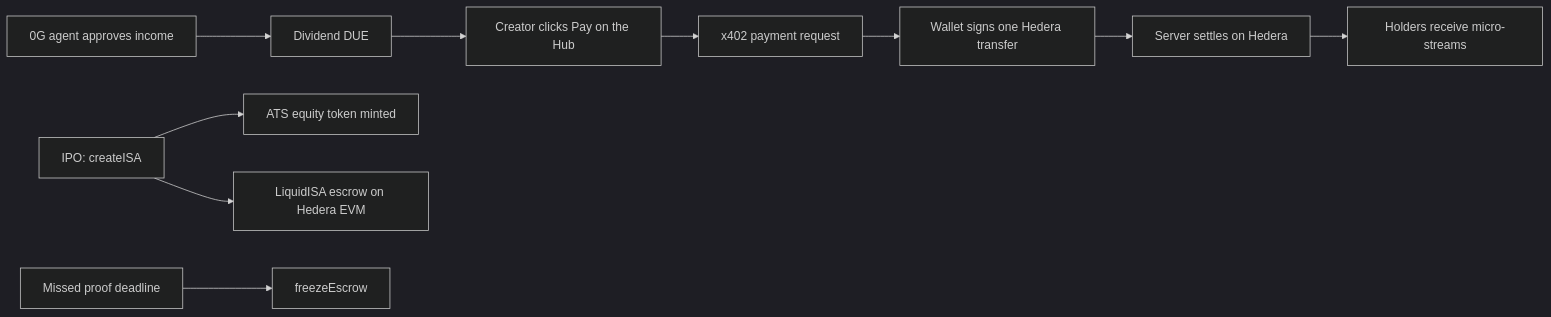
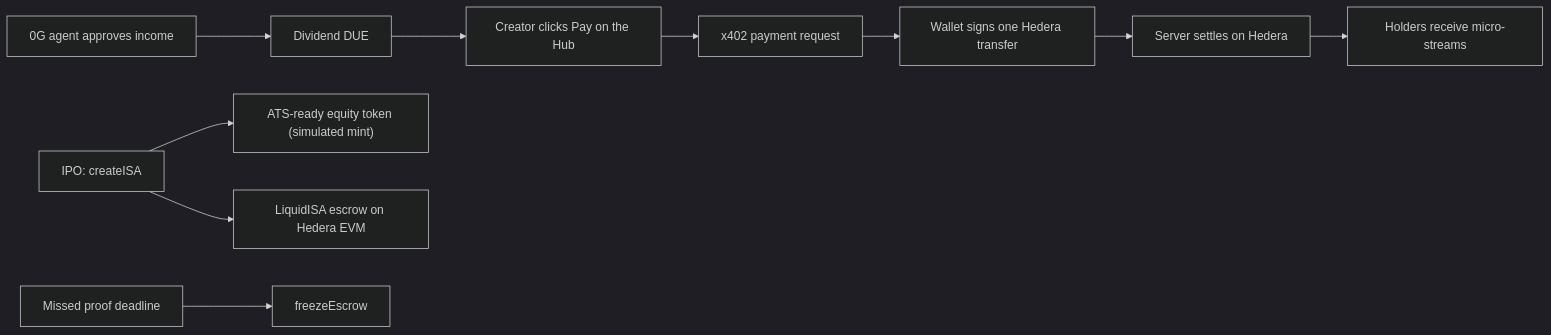
One commit to predatorx7/stakeme-ex changed the first of 4 diagrams in docs/integrations/hedera.md. Above: the diagram before and after it, drawn with Mermaid (dark theme). The commit also changed other lines of this file and 6 other files, not shown here.

Commit message:
Label the ATS equity token as ATS-ready and simulated

````diff
--- a/docs/integrations/hedera.md
+++ b/docs/integrations/hedera.md
@@ -18,12 +18,12 @@
 ```mermaid
 flowchart LR
 	A["0G agent approves income"] --> B["Dividend DUE"]
 	B --> C["Creator clicks Pay on the Hub"]
 	C --> D["x402 payment request"]
 	D --> E["Wallet signs one Hedera transfer"]
 	E --> F["Server settles on Hedera"]
 	F --> G["Holders receive micro-streams"]
-	H["IPO: createISA"] --> I["ATS equity token minted"]
+	H["IPO: createISA"] --> I["ATS-ready equity token (simulated mint)"]
 	H --> J["LiquidISA escrow on Hedera EVM"]
 	K["Missed proof deadline"] --> L["freezeEscrow"]
 ```
````
